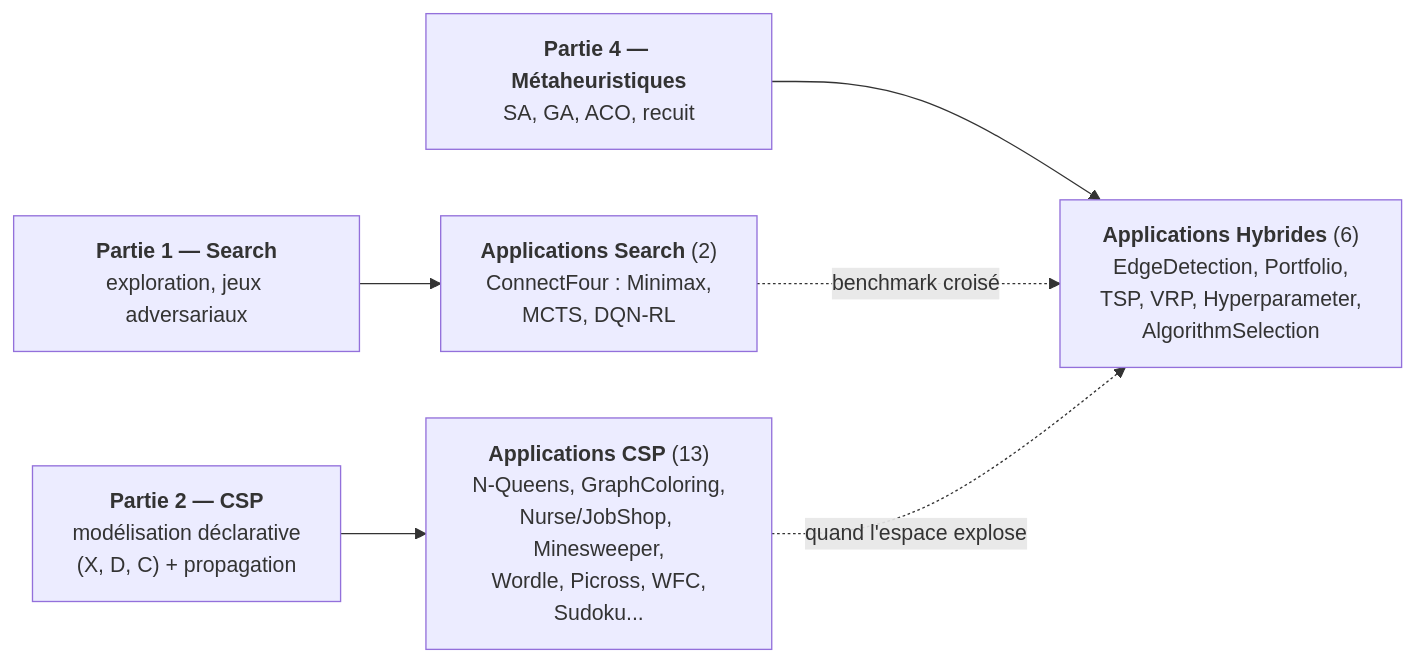
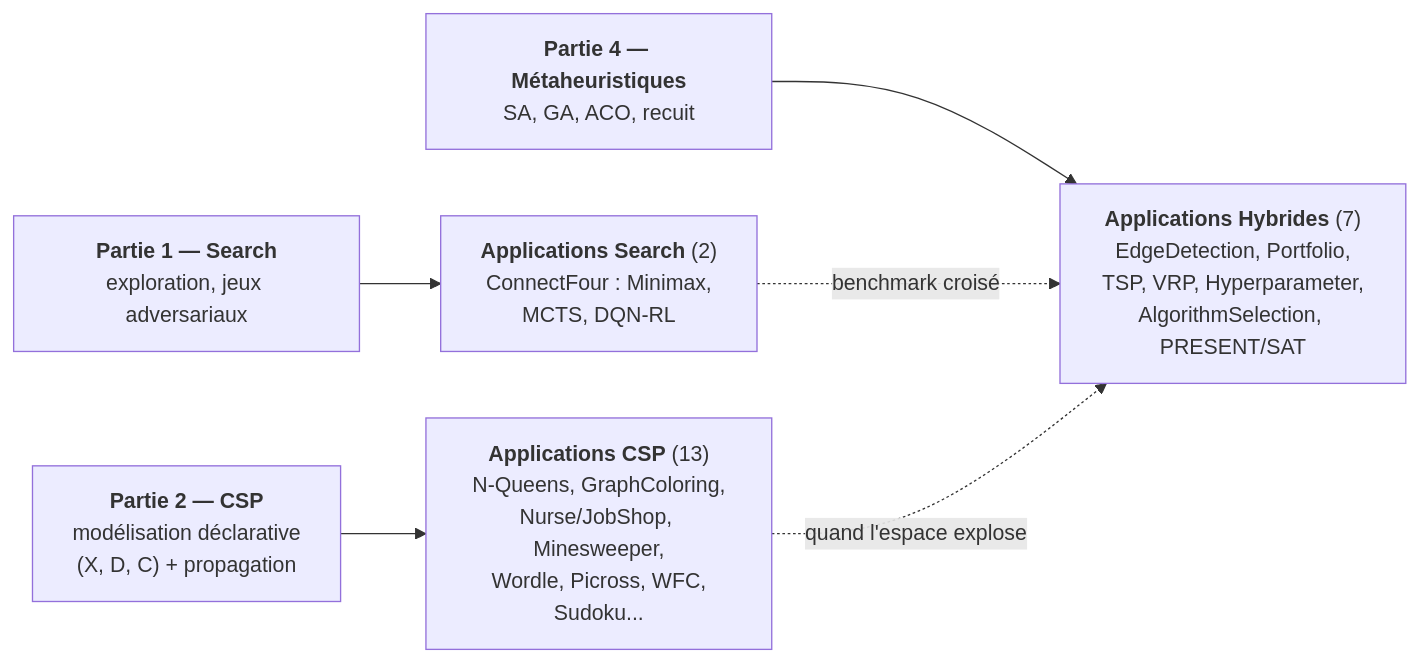
One commit to jsboige/CoursIA changed the diagram in MyIA.AI.Notebooks/Search/Applications/README.md. Above: the diagram before and after it, drawn with Mermaid. The commit also changed other lines of this file and 3 other files, not shown here.

Commit message:
feat(search): distill PRESENT cryptanalysis with SAT

````diff
--- a/MyIA.AI.Notebooks/Search/Applications/README.md
+++ b/MyIA.AI.Notebooks/Search/Applications/README.md
@@ -38,14 +38,14 @@
 ```mermaid
 flowchart LR
     P1["<b>Partie 1 — Search</b><br/>exploration, jeux adversariaux"]
     P2["<b>Partie 2 — CSP</b><br/>modélisation déclarative<br/>(X, D, C) + propagation"]
     P4["<b>Partie 4 — Métaheuristiques</b><br/>SA, GA, ACO, recuit"]
     S["<b>Applications Search</b> (2)<br/>ConnectFour : Minimax,<br/>MCTS, DQN-RL"]
     C["<b>Applications CSP</b> (13)<br/>N-Queens, GraphColoring,<br/>Nurse/JobShop, Minesweeper,<br/>Wordle, Picross, WFC,<br/>Sudoku..."]
-    H["<b>Applications Hybrides</b> (6)<br/>EdgeDetection, Portfolio,<br/>TSP, VRP, Hyperparameter,<br/>AlgorithmSelection"]
+    H["<b>Applications Hybrides</b> (7)<br/>EdgeDetection, Portfolio,<br/>TSP, VRP, Hyperparameter,<br/>AlgorithmSelection, PRESENT/SAT"]
     P1 --> S
     P2 --> C
     P4 --> H
     S -.->|"benchmark croisé"| H
     C -.->|"quand l'espace explose"| H
 ```
````
